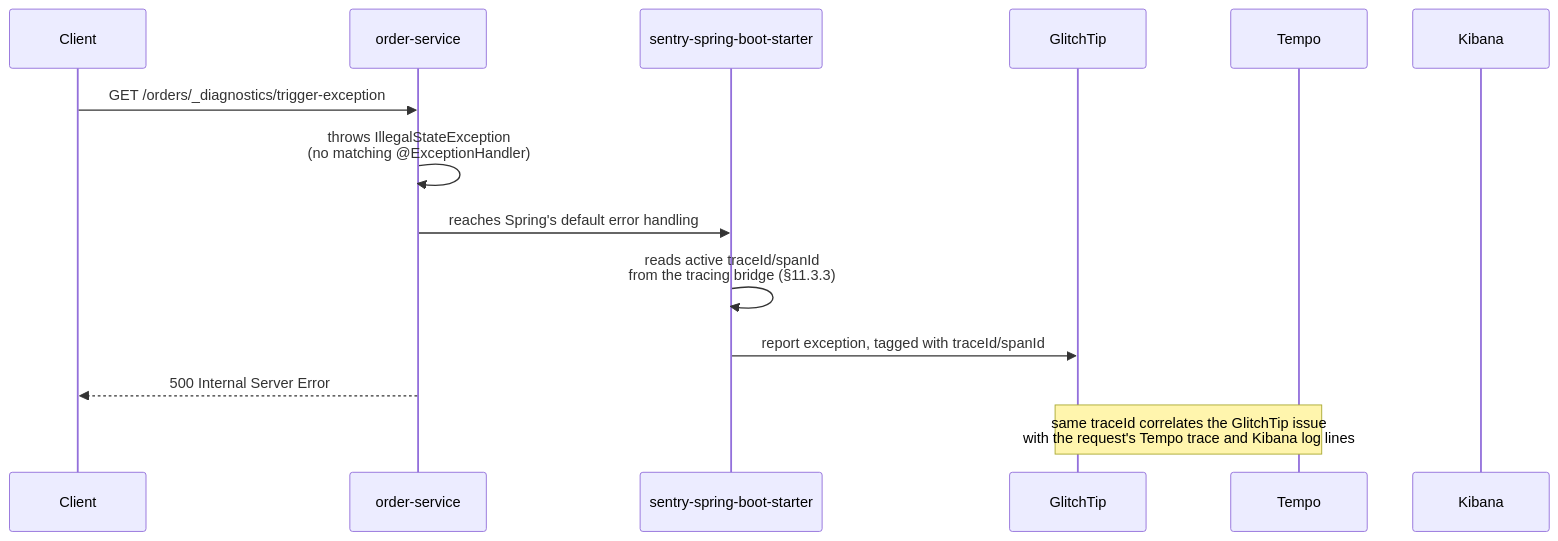
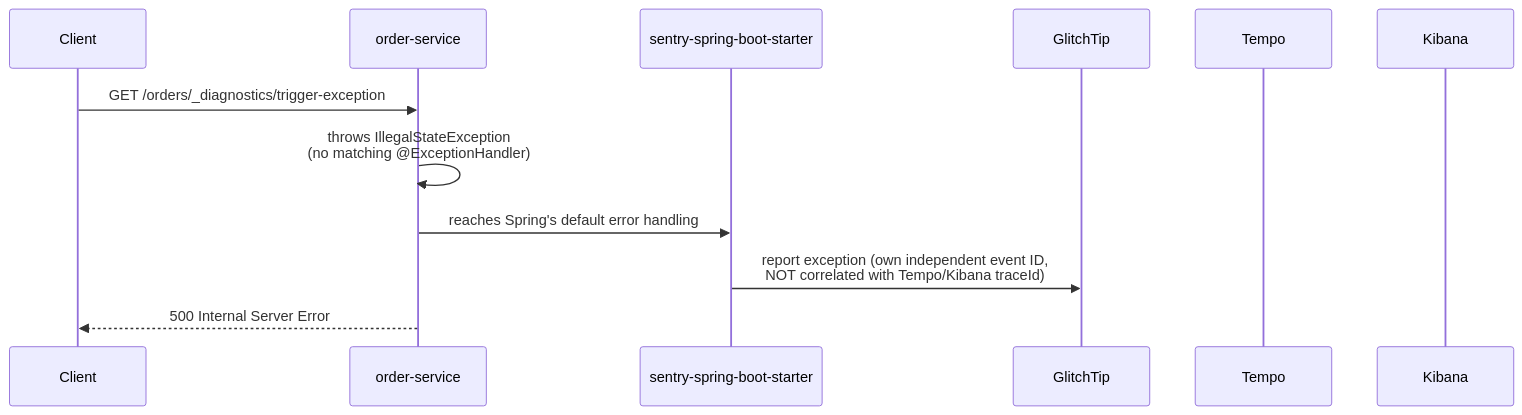
Before and after one commit to sanjaykpradhan10/my-food-to-go-app: diagram 31 of 31 in docs/ARCHITECTURE.md, drawn with Mermaid. The commit also changed other lines of this file and 2 other files, not shown here.

First line of the commit message:
docs: correct false traceId/spanId correlation claim for exception tracking

````diff
--- a/docs/ARCHITECTURE.md
+++ b/docs/ARCHITECTURE.md
@@ -1287,17 +1287,15 @@
 ```mermaid
 sequenceDiagram
     participant Client
     participant OrderService as order-service
     participant Sentry as sentry-spring-boot-starter
     participant GlitchTip
     participant Tempo
     participant Kibana
 
     Client->>OrderService: GET /orders/_diagnostics/trigger-exception
     OrderService->>OrderService: throws IllegalStateException<br/>(no matching @ExceptionHandler)
     OrderService->>Sentry: reaches Spring's default error handling
-    Sentry->>Sentry: reads active traceId/spanId<br/>from the tracing bridge (§11.3.3)
-    Sentry->>GlitchTip: report exception, tagged with traceId/spanId
+    Sentry->>GlitchTip: report exception (own independent event ID,<br/>NOT correlated with Tempo/Kibana traceId)
     OrderService-->>Client: 500 Internal Server Error
-    Note over GlitchTip,Tempo: same traceId correlates the GlitchTip issue<br/>with the request's Tempo trace and Kibana log lines
 ```
````
